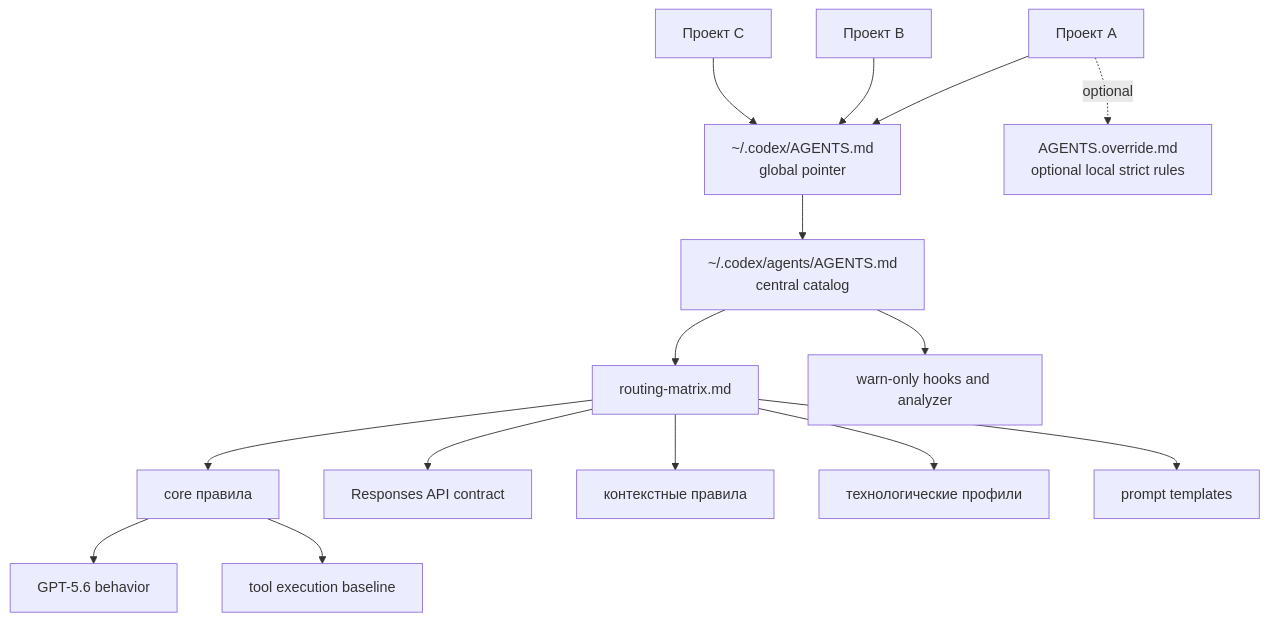
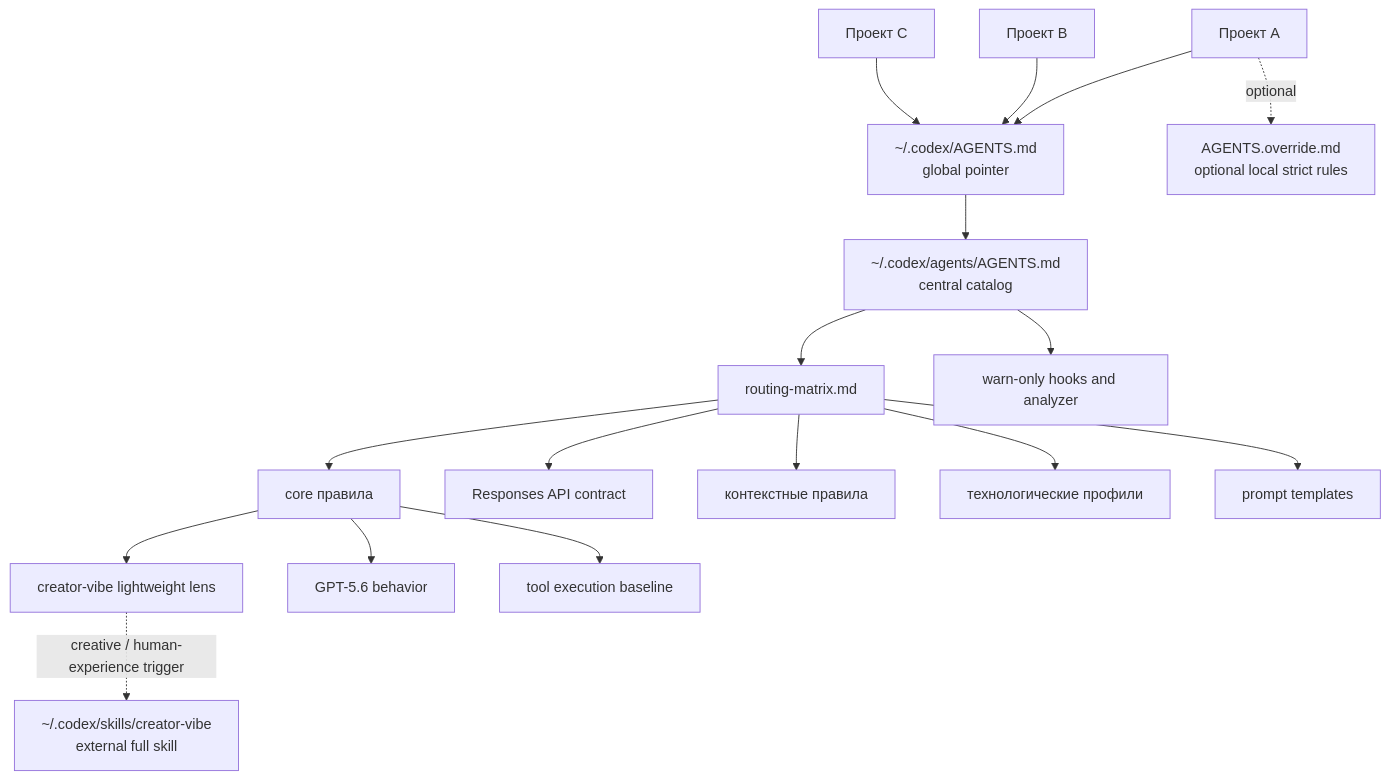
One commit to Kibnet/Agents.md changed the diagram in README.md. Above: the diagram before and after it, drawn with Mermaid. The commit also changed other lines of this file and 9 other files, not shown here.

Commit message:
feat(core): integrate creator vibe lens

````diff
--- a/README.md
+++ b/README.md
@@ -55,40 +55,44 @@
 ```mermaid
 flowchart TD
 
 CodexHome[~/.codex/AGENTS.md<br/>global pointer]
 Central[~/.codex/agents/AGENTS.md<br/>central catalog]
 
 RepoA[Проект A]
 RepoB[Проект B]
 RepoC[Проект C]
 Override[AGENTS.override.md<br/>optional local strict rules]
 
 Router[routing-matrix.md]
 
 Core[core правила]
+CreatorVibe[creator-vibe lightweight lens]
 Model[GPT-5.6 behavior]
 ToolExecution[tool execution baseline]
 Responses[Responses API contract]
 Contexts[контекстные правила]
 Profiles[технологические профили]
 Prompts[prompt templates]
 Operations[warn-only hooks and analyzer]
+ExternalSkill[~/.codex/skills/creator-vibe<br/>external full skill]
 
 CodexHome --> Central
 
 RepoA --> CodexHome
 RepoB --> CodexHome
 RepoC --> CodexHome
 RepoA -. optional .-> Override
 
 Central --> Router
 
 Router --> Core
+Core --> CreatorVibe
 Core --> Model
 Core --> ToolExecution
+CreatorVibe -. creative / human-experience trigger .-> ExternalSkill
 Router --> Responses
 Router --> Contexts
 Router --> Profiles
 Router --> Prompts
 Central --> Operations
 ```
````
